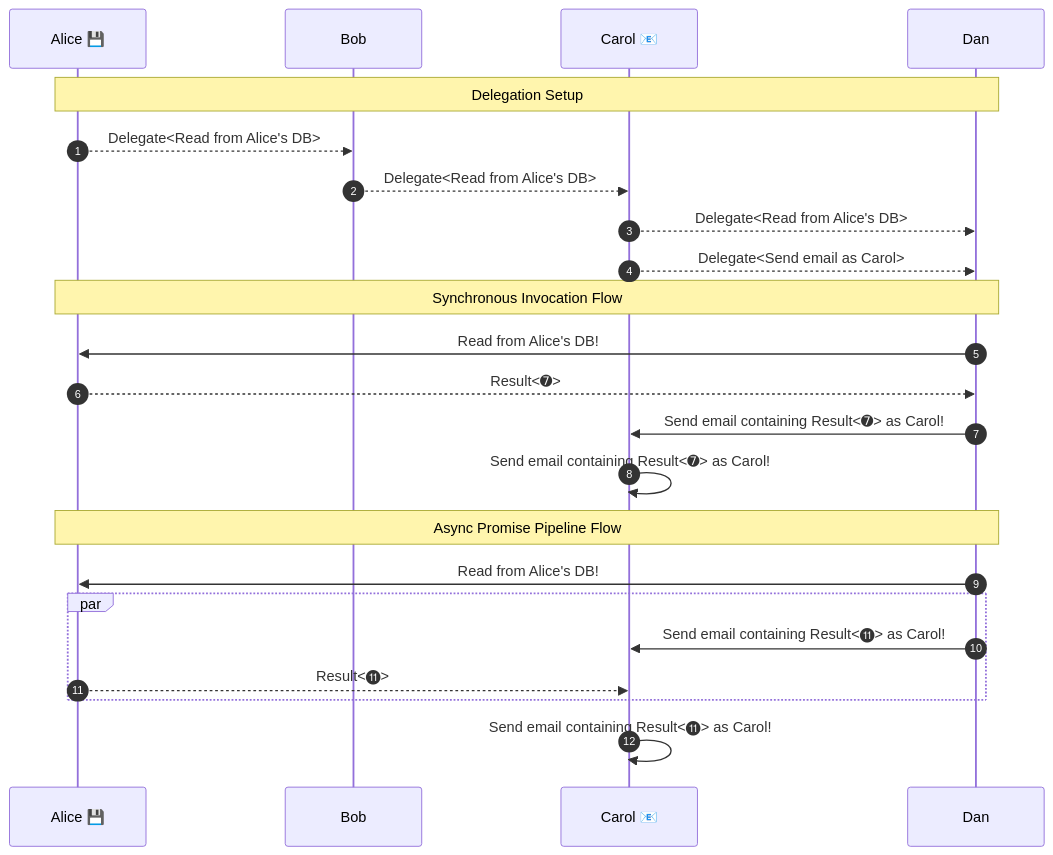
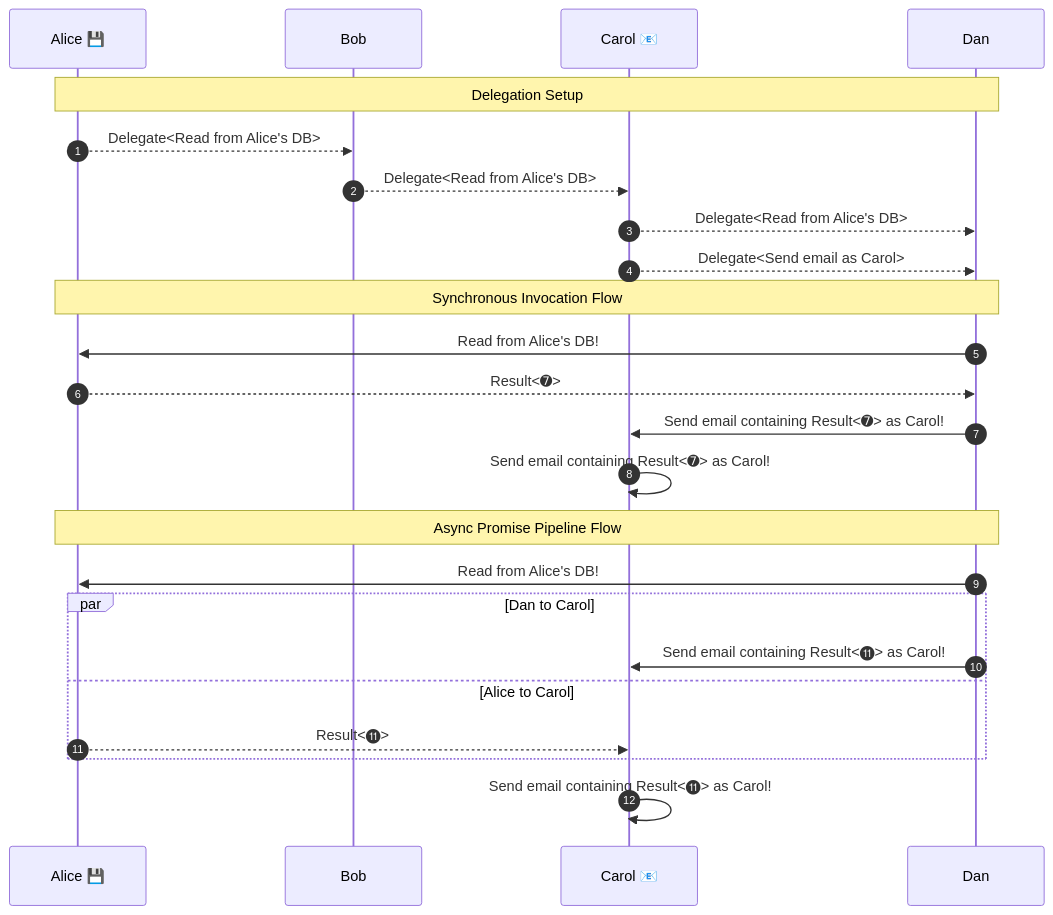
One commit to ucan-wg/promise changed the diagram in README.md. Above: the diagram before and after it, drawn with Mermaid.

````diff
--- a/README.md
+++ b/README.md
@@ -62,31 +62,32 @@
 ``` mermaid
 sequenceDiagram
     participant Alice 💾
     participant Bob
     participant Carol 📧
     participant Dan
 
     autonumber
 
     Note over Alice 💾, Dan: Delegation Setup
         Alice 💾 -->> Bob:      Delegate<Read from Alice's DB>
         Bob      -->> Carol 📧: Delegate<Read from Alice's DB>
         Carol 📧 -->> Dan:      Delegate<Read from Alice's DB>
         Carol 📧 -->> Dan:      Delegate<Send email as Carol>
 
     Note over Alice 💾, Dan: Synchronous Invocation Flow
         Dan      ->>  Alice 💾: Read from Alice's DB!
         Alice 💾 -->> Dan:      Result<➐>
         Dan      ->>  Carol 📧: Send email containing Result<➐> as Carol!
         Carol 📧 ->>  Carol 📧: Send email containing Result<➐> as Carol!
 
     Note over Alice 💾, Dan: Async Promise Pipeline Flow
         Dan      ->>  Alice 💾: Read from Alice's DB!
 
-        par
+        par Dan to Carol
             Dan      ->>  Carol 📧: Send email containing Result<⓫> as Carol!
+        and Alice to Carol
             Alice 💾 -->> Carol 📧: Result<⓫>
         end
 
         Carol 📧 ->>  Carol 📧: Send email containing Result<⓫> as Carol!
 ```
````
